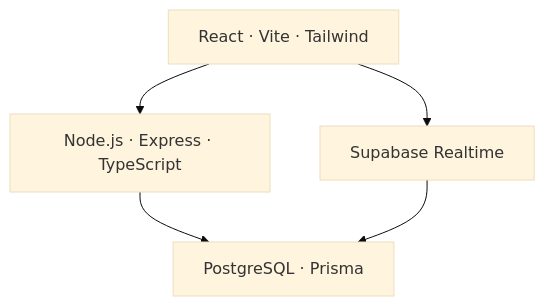
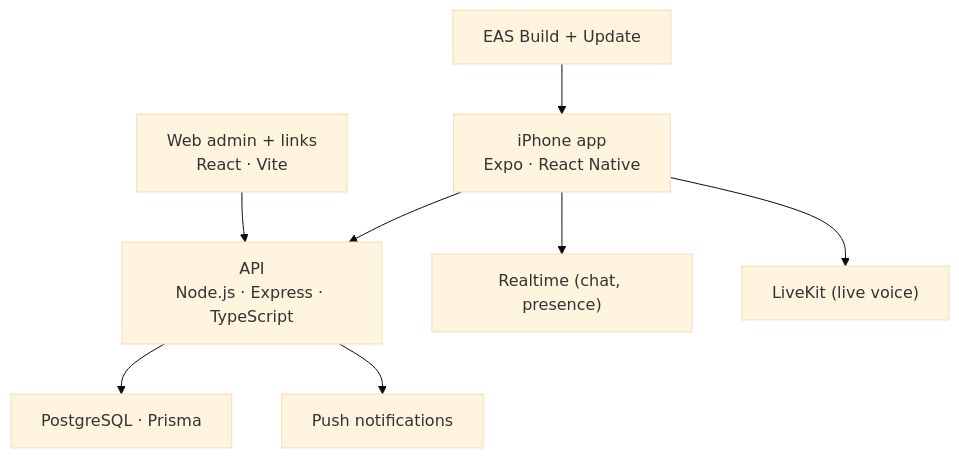
Before and after one commit to hudaalzharani-commits/Loop_showcase: the second of 2 diagrams in README.md, drawn with Mermaid (base theme). The commit also changed other lines of this file and 8 other files, not shown here.

First line of the commit message:
Update showcase for the iPhone app and TestFlight beta

````diff
--- a/README.md
+++ b/README.md
@@ -96,7 +101,10 @@
 ```mermaid
 flowchart TB
-    UI["React · Vite · Tailwind"] --> API["Node.js · Express · TypeScript"]
+    APP["iPhone app<br/>Expo · React Native"] --> API["API<br/>Node.js · Express · TypeScript"]
+    ADMIN["Web admin + links<br/>React · Vite"] --> API
     API --> DB["PostgreSQL · Prisma"]
-    UI --> RT["Supabase Realtime"]
-    RT --> DB
+    APP --> RT["Realtime (chat, presence)"]
+    APP --> VOICE["LiveKit (live voice)"]
+    API --> PUSH["Push notifications"]
+    EAS["EAS Build + Update"] --> APP
 ```
````
